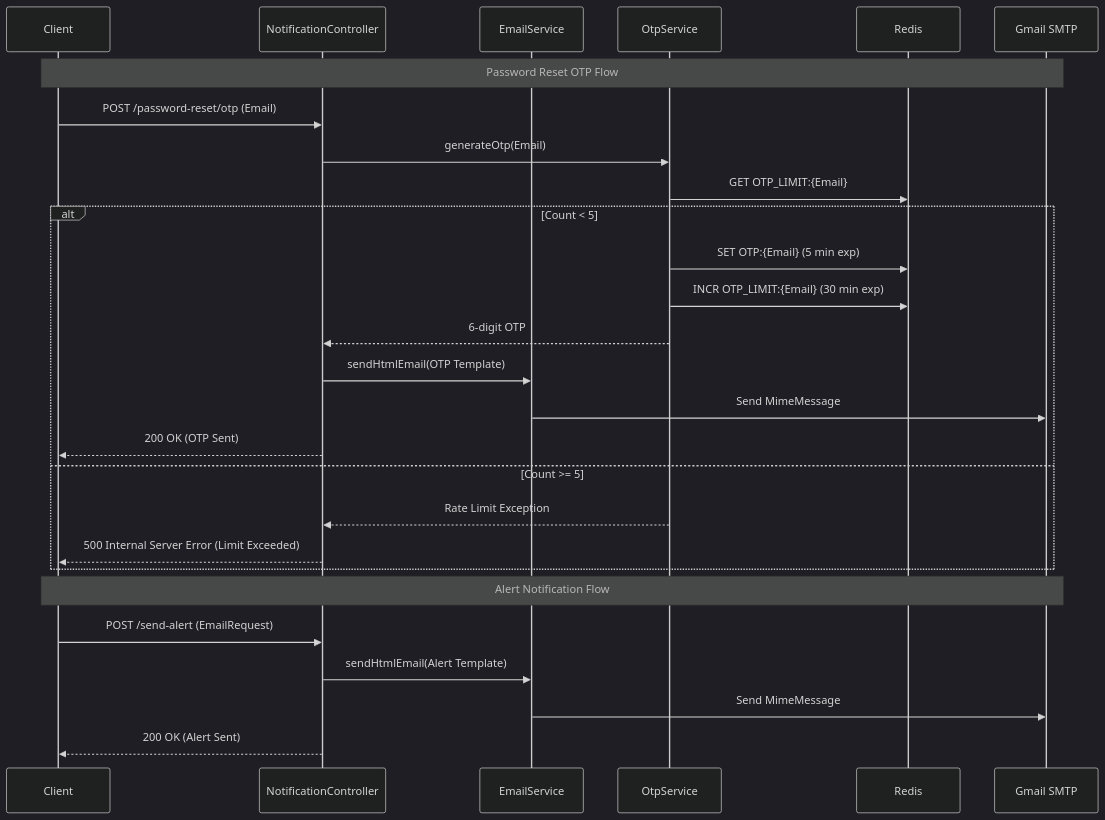
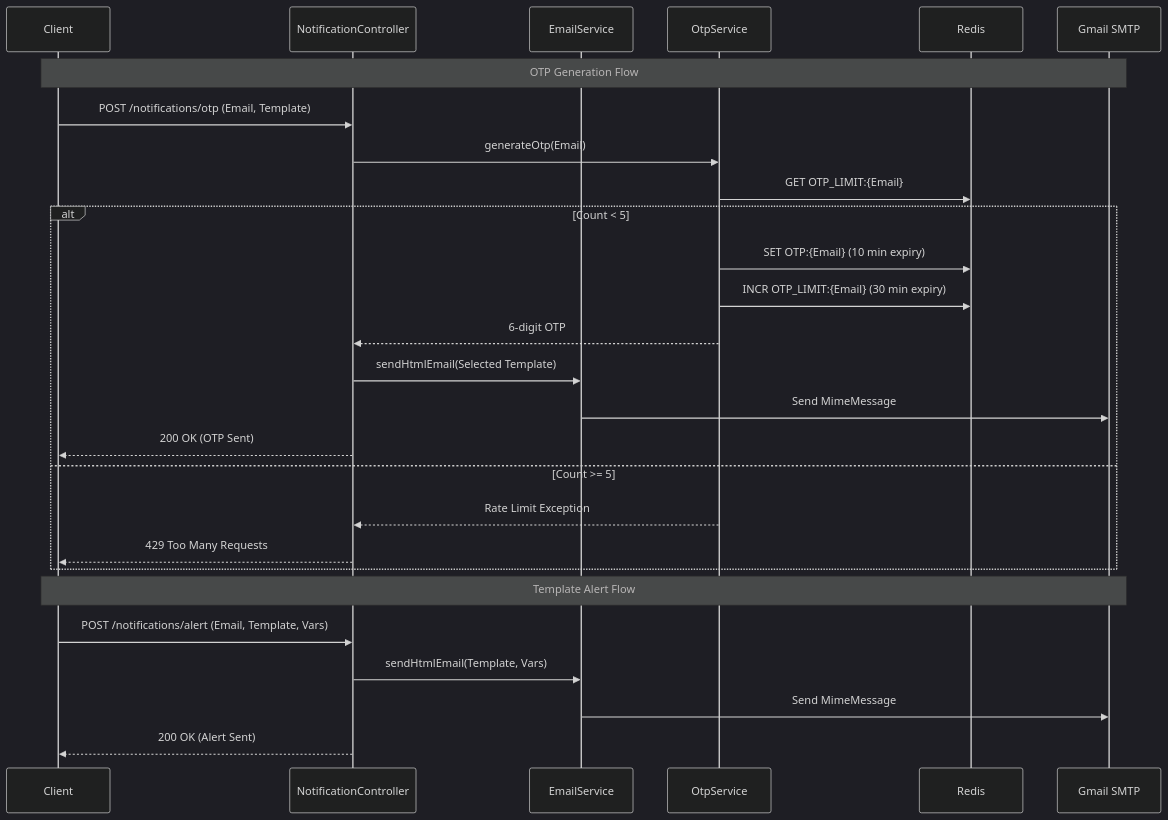
Before and after one commit to ulthimanju/EHUB: the diagram in uml/notification-flow.mermaid, drawn with Mermaid (dark theme). The commit also changed 32 other files, not shown here.

First line of the commit message:
Refactor backend for maintainability and update UML diagrams

```diff
--- a/uml/notification-flow.mermaid
+++ b/uml/notification-flow.mermaid
@@ -1,29 +1,29 @@
 sequenceDiagram
     participant Client
     participant Controller as NotificationController
     participant EmailService as EmailService
     participant OtpService as OtpService
     participant Redis as Redis
     participant Gmail as Gmail SMTP
 
-    Note over Client, Gmail: Password Reset OTP Flow
-    Client->>Controller: POST /password-reset/otp (Email)
+    Note over Client, Gmail: OTP Generation Flow
+    Client->>Controller: POST /notifications/otp (Email, Template)
     Controller->>OtpService: generateOtp(Email)
     OtpService->>Redis: GET OTP_LIMIT:{Email}
     alt Count < 5
-        OtpService->>Redis: SET OTP:{Email} (5 min exp)
-        OtpService->>Redis: INCR OTP_LIMIT:{Email} (30 min exp)
+        OtpService->>Redis: SET OTP:{Email} (10 min expiry)
+        OtpService->>Redis: INCR OTP_LIMIT:{Email} (30 min expiry)
         OtpService-->>Controller: 6-digit OTP
-        Controller->>EmailService: sendHtmlEmail(OTP Template)
+        Controller->>EmailService: sendHtmlEmail(Selected Template)
         EmailService->>Gmail: Send MimeMessage
         Controller-->>Client: 200 OK (OTP Sent)
     else Count >= 5
         OtpService-->>Controller: Rate Limit Exception
-        Controller-->>Client: 500 Internal Server Error (Limit Exceeded)
+        Controller-->>Client: 429 Too Many Requests
     end
 
-    Note over Client, Gmail: Alert Notification Flow
-    Client->>Controller: POST /send-alert (EmailRequest)
-    Controller->>EmailService: sendHtmlEmail(Alert Template)
+    Note over Client, Gmail: Template Alert Flow
+    Client->>Controller: POST /notifications/alert (Email, Template, Vars)
+    Controller->>EmailService: sendHtmlEmail(Template, Vars)
     EmailService->>Gmail: Send MimeMessage
     Controller-->>Client: 200 OK (Alert Sent)
```
